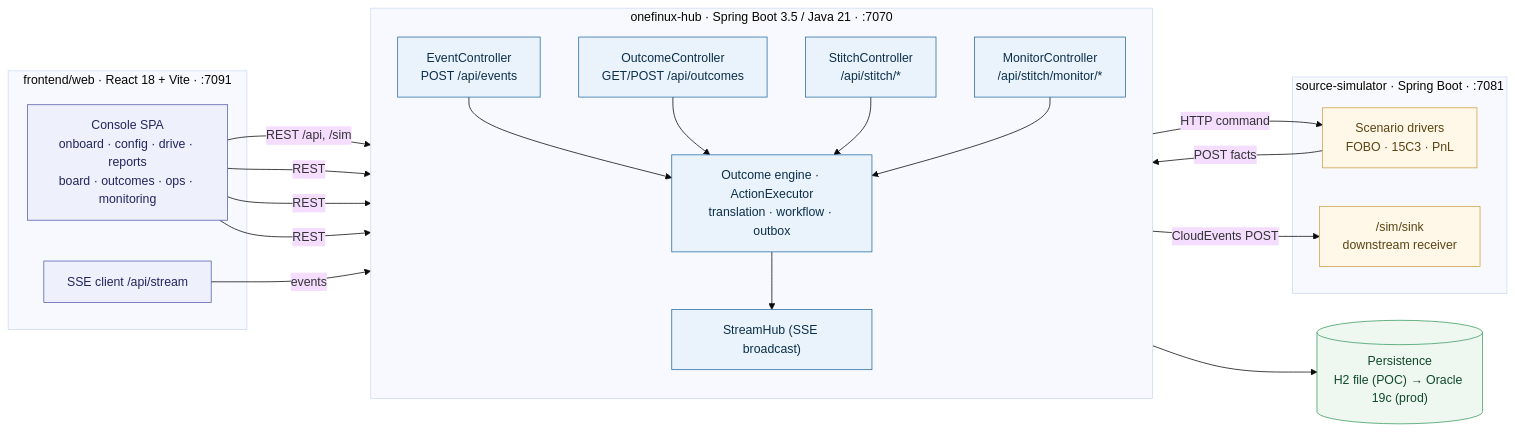
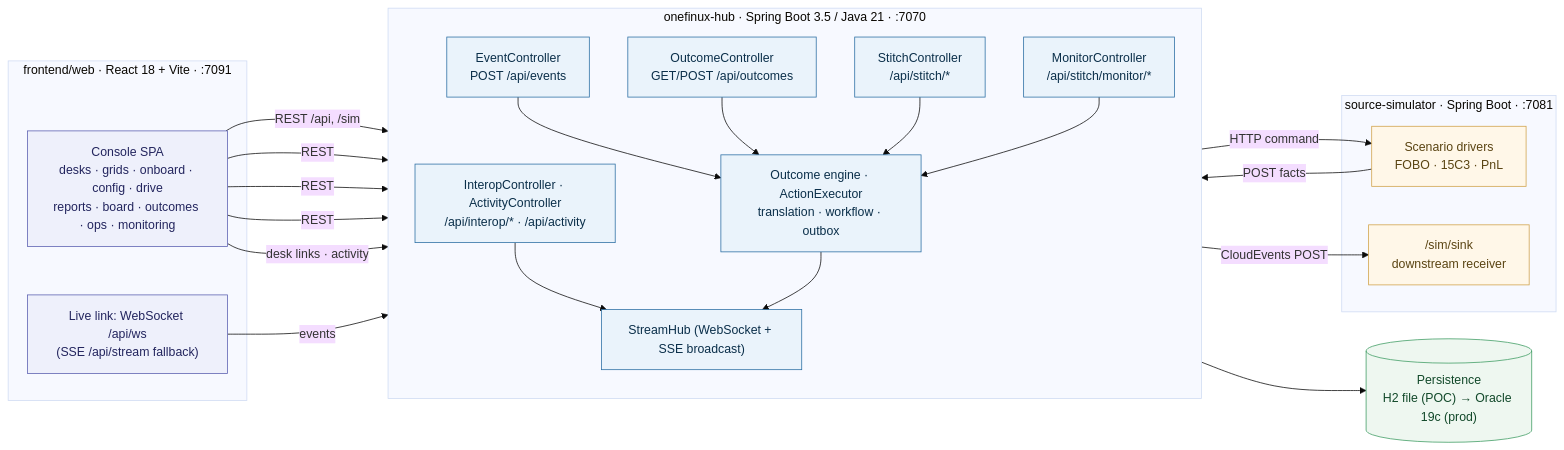
One commit to praveen2025work/onefinuxdemo changed the diagram in docs/design/diagrams/02-deployment-containers.mmd. Above: the diagram before and after it, drawn with Mermaid (base theme). The commit also changed 25 other files, not shown here.

```diff
--- a/docs/design/diagrams/02-deployment-containers.mmd
+++ b/docs/design/diagrams/02-deployment-containers.mmd
@@ -1,47 +1,50 @@
 flowchart LR
   classDef app fill:#eaf3fb,stroke:#2b6ea3,color:#0b2f4a;
   classDef web fill:#eef0fb,stroke:#5b5fb0,color:#23255e;
   classDef sim fill:#fff7e8,stroke:#d0a24a,color:#5a4412;
   classDef store fill:#eef7f0,stroke:#3f9d63,color:#12492a;
 
   subgraph WEB["frontend/web · React 18 + Vite · :7091"]
-    UI["Console SPA<br/>onboard · config · drive · reports<br/>board · outcomes · ops · monitoring"]
-    SSE["SSE client /api/stream"]
+    UI["Console SPA<br/>desks · grids · onboard · config · drive<br/>reports · board · outcomes · ops · monitoring"]
+    SSE["Live link: WebSocket /api/ws<br/>(SSE /api/stream fallback)"]
   end
 
   subgraph HUB["onefinux-hub · Spring Boot 3.5 / Java 21 · :7070"]
     direction TB
     EAPI["EventController<br/>POST /api/events"]
     OAPI["OutcomeController<br/>GET/POST /api/outcomes"]
     SAPI["StitchController<br/>/api/stitch/*"]
     MAPI["MonitorController<br/>/api/stitch/monitor/*"]
     CORE["Outcome engine · ActionExecutor<br/>translation · workflow · outbox"]
-    STR["StreamHub (SSE broadcast)"]
+    IAPI["InteropController · ActivityController<br/>/api/interop/* · /api/activity"]
+    STR["StreamHub (WebSocket + SSE broadcast)"]
   end
 
   subgraph SIM["source-simulator · Spring Boot · :7081"]
     SCEN["Scenario drivers<br/>FOBO · 15C3 · PnL"]
     SINK["/sim/sink<br/>downstream receiver"]
   end
 
   DB[("Persistence<br/>H2 file (POC) → Oracle 19c (prod)")]
 
   UI -->|REST /api, /sim| EAPI
   UI -->|REST| OAPI
   UI -->|REST| SAPI
   UI -->|REST| MAPI
+  UI -->|desk links · activity| IAPI
   SSE -->|events| STR
   SCEN -->|POST facts| EAPI
   CORE -->|HTTP command| SCEN
   CORE -->|CloudEvents POST| SINK
   EAPI --> CORE
   OAPI --> CORE
   SAPI --> CORE
   MAPI --> CORE
+  IAPI --> STR
   CORE --> DB
   CORE --> STR
 
   class UI,SSE web
-  class EAPI,OAPI,SAPI,MAPI,CORE,STR app
+  class EAPI,OAPI,SAPI,MAPI,IAPI,CORE,STR app
   class SCEN,SINK sim
   class DB store
```
